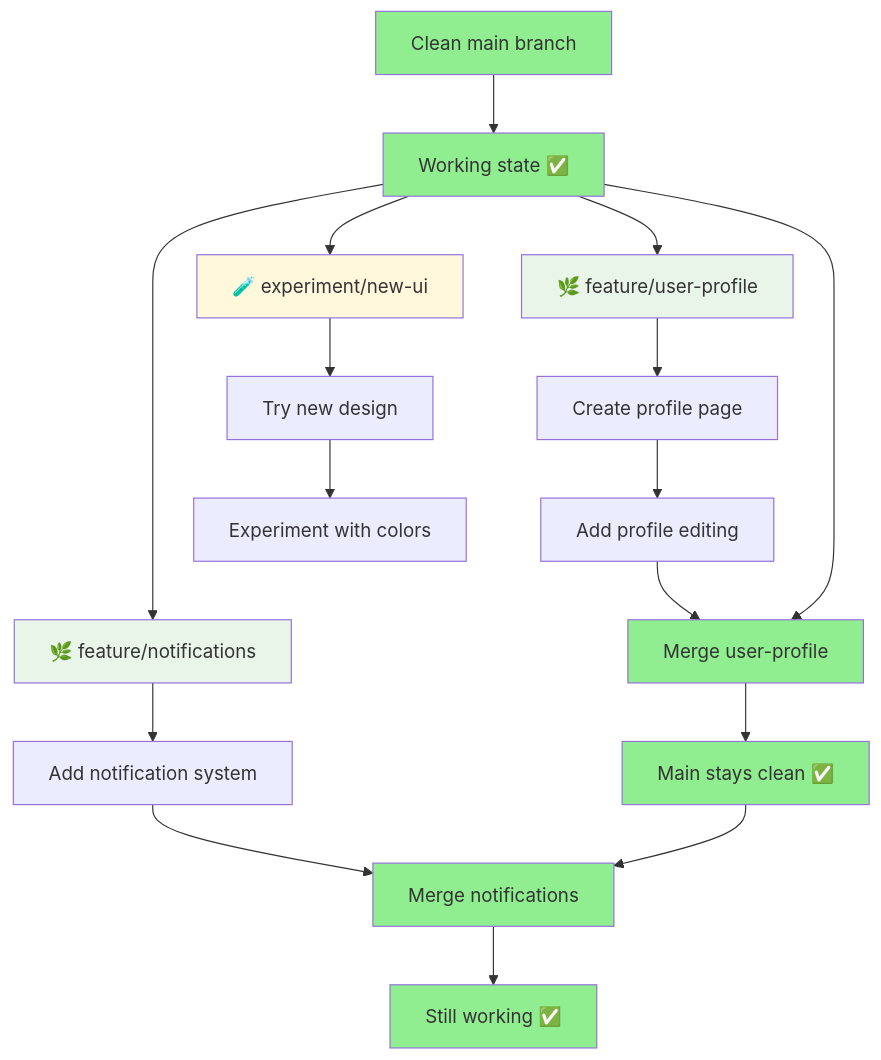
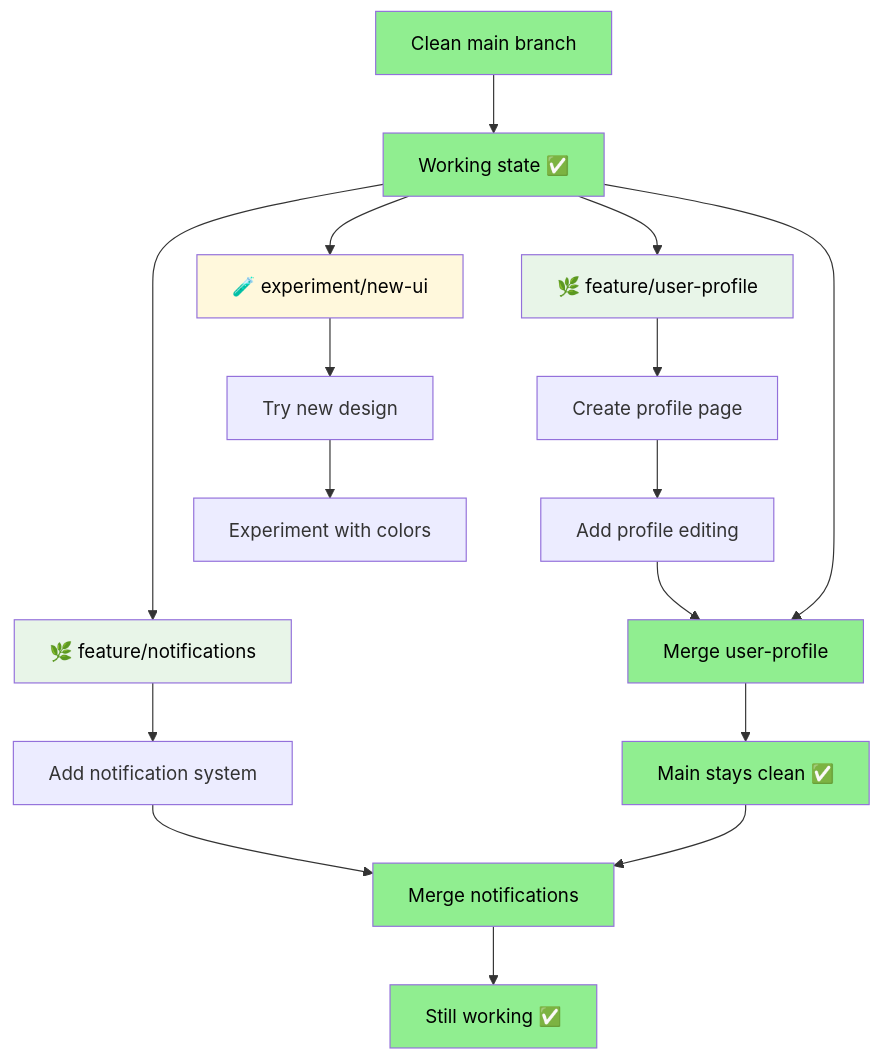
One commit to fightTone/GitBasic changed the fourth of 11 diagrams in README.md. Above: the diagram before and after it, drawn with Mermaid. The commit also changed other lines of this file, not shown here.

Commit message:
readable diagrams

````diff
--- a/README.md
+++ b/README.md
@@ -212,33 +212,33 @@
 ```mermaid
 graph TD
     A[Clean main branch] --> B[Working state ✅]
     
     B --> C[🌿 feature/user-profile]
     C --> D[Create profile page]
     D --> E[Add profile editing]
     
     B --> F[🌿 feature/notifications]
     F --> G[Add notification system]
     
     B --> H[🧪 experiment/new-ui]
     H --> I[Try new design]
     I --> J[Experiment with colors]
     
     E --> K[Merge user-profile]
     B --> K
     K --> L[Main stays clean ✅]
     
     G --> M[Merge notifications]
     L --> M
     M --> N[Still working ✅]
     
-    style A fill:#90EE90
-    style B fill:#90EE90
-    style K fill:#90EE90
-    style L fill:#90EE90
-    style M fill:#90EE90
-    style N fill:#90EE90
-    style C fill:#E8F5E8
-    style F fill:#E8F5E8
-    style H fill:#FFF8DC
+    style A fill:#90EE90,color:#000000
+    style B fill:#90EE90,color:#000000
+    style K fill:#90EE90,color:#000000
+    style L fill:#90EE90,color:#000000
+    style M fill:#90EE90,color:#000000
+    style N fill:#90EE90,color:#000000
+    style C fill:#E8F5E8,color:#000000
+    style F fill:#E8F5E8,color:#000000
+    style H fill:#FFF8DC,color:#000000
 ```
````
